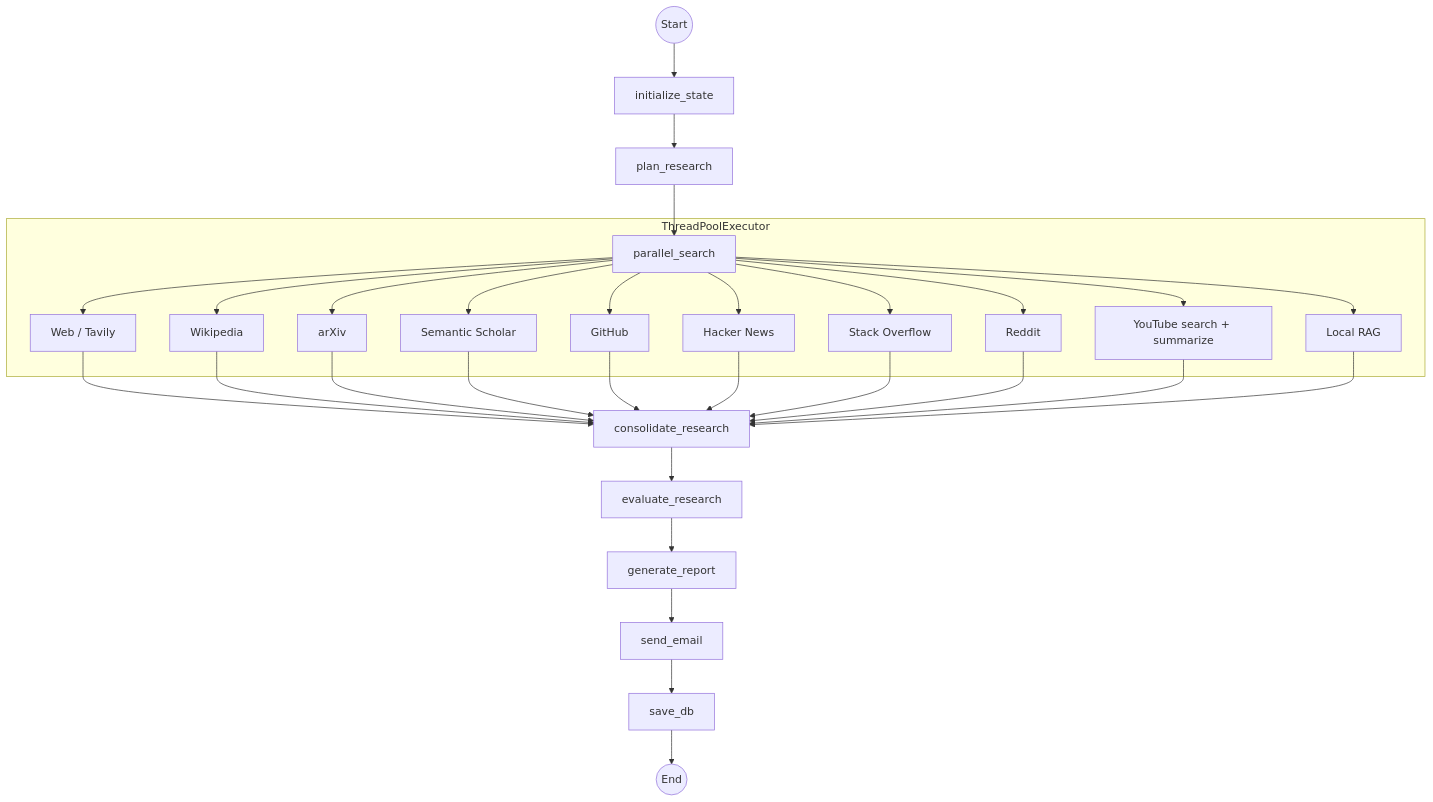
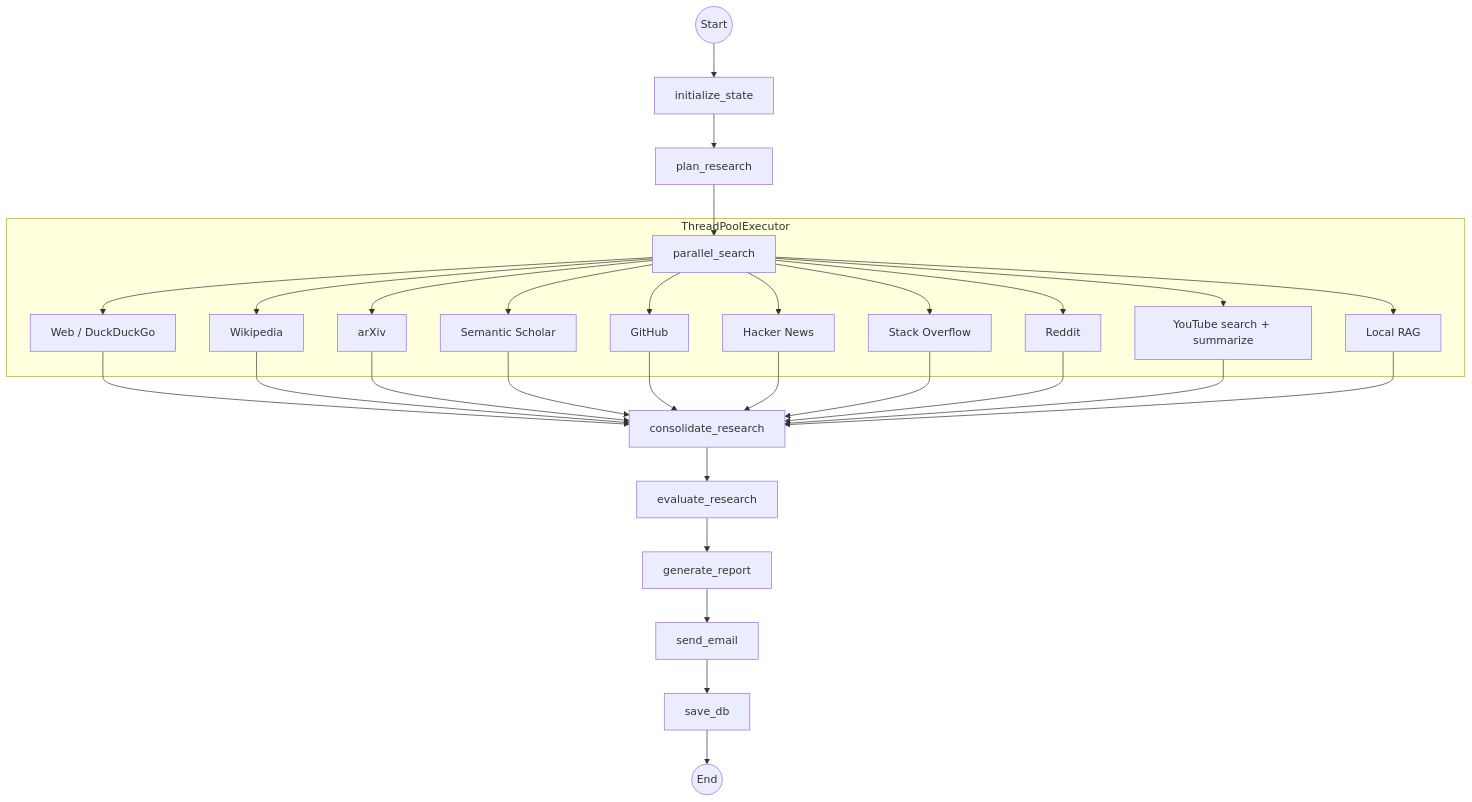
The diagram in README.md (RobertoDeLaCamara/Research-Agent), drawn with Mermaid before and after one commit. The commit also changed other lines of this file and 37 other files, not shown here.

First line of the commit message:
feat(search): drop Tavily, search the web and Reddit with DuckDuckGo only

````diff
--- a/README.md
+++ b/README.md
@@ -51,26 +51,26 @@
 ```mermaid
 graph TD
     Start((Start)) --> Init[initialize_state]
     Init --> Plan[plan_research]
     Plan --> Parallel[parallel_search]
 
     subgraph ThreadPoolExecutor
-        Parallel --> Web[Web / Tavily]
+        Parallel --> Web[Web / DuckDuckGo]
         Parallel --> Wiki[Wikipedia]
         Parallel --> Arxiv[arXiv]
         Parallel --> Scholar[Semantic Scholar]
         Parallel --> GH[GitHub]
         Parallel --> HN[Hacker News]
         Parallel --> SO[Stack Overflow]
         Parallel --> Reddit[Reddit]
         Parallel --> YT[YouTube search + summarize]
         Parallel --> RAG[Local RAG]
     end
 
     Web & Wiki & Arxiv & Scholar & GH & HN & SO & Reddit & YT & RAG --> Synth[consolidate_research]
     Synth --> Eval[evaluate_research]
     Eval --> Report[generate_report]
     Report --> Email[send_email]
     Email --> DB[save_db]
     DB --> End((End))
 ```
````
